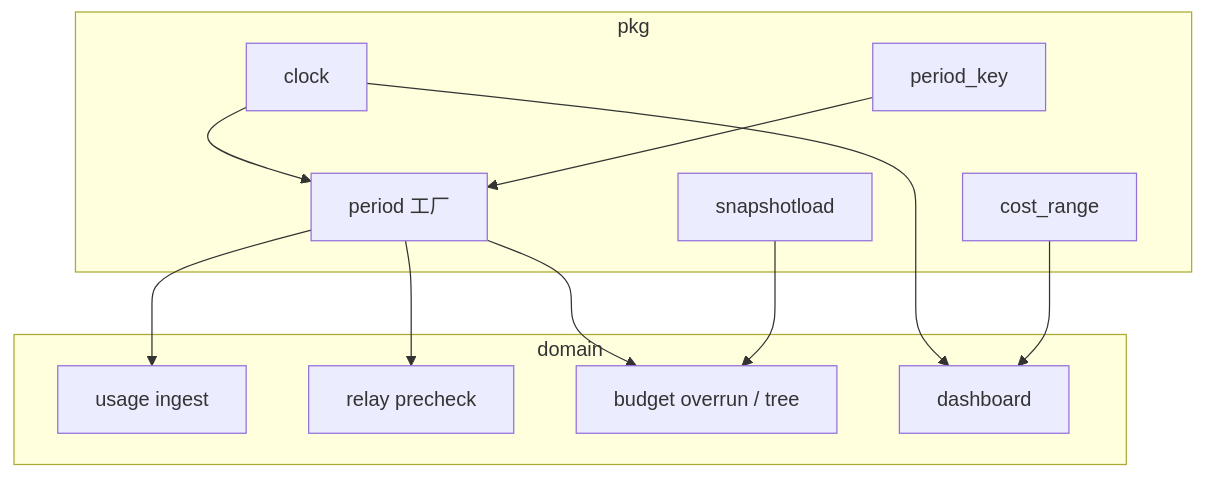
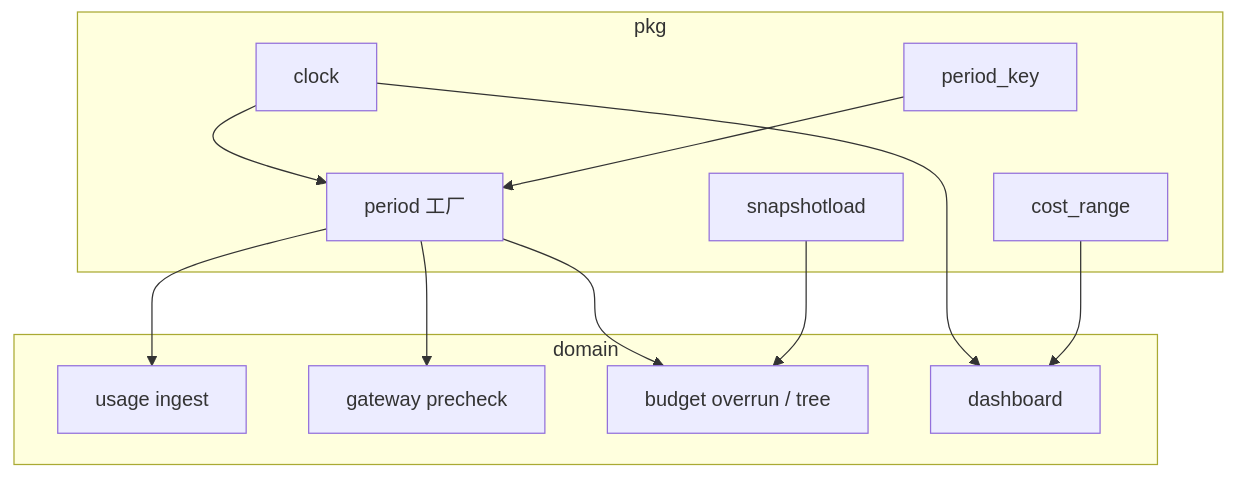
One commit to quyip8818/mytokenjoy changed the ninth of 9 diagrams in docs/Backend-业务时钟与账期.md. Above: the diagram before and after it, drawn with Mermaid. The commit also changed other lines of this file and 169 other files, not shown here.

````diff
--- a/docs/Backend-业务时钟与账期.md
+++ b/docs/Backend-业务时钟与账期.md
@@ -257,24 +257,24 @@
 ```mermaid
 flowchart TB
   subgraph pkg [pkg]
     ClockPkg[clock]
     Key[period_key]
     Per[period 工厂]
     Load[snapshotload]
     Cost[cost_range]
   end
   subgraph domain [domain]
     Ingest[usage ingest]
-    Pre[relay precheck]
+    Pre[gateway precheck]
     Bud[budget overrun / tree]
     Dash[dashboard]
   end
   ClockPkg --> Per
   Key --> Per
   Per --> Ingest
   Per --> Pre
   Per --> Bud
   Load --> Bud
   ClockPkg --> Dash
   Cost --> Dash
 ```
````
